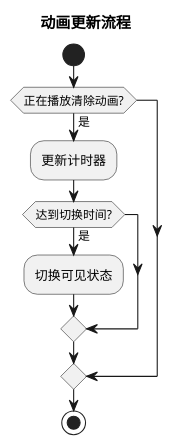
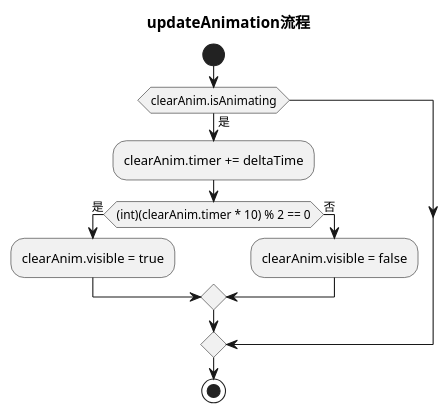
The fourth of 4 diagrams in diagrams/main.puml (cmdblock/SDLTetris), drawn with PlantUML before and after one commit. The commit also changed other lines of this file, not shown here.

Commit message:
refactor: Update UML diagrams with actual function calls and variables

```diff
--- a/diagrams/main.puml
+++ b/diagrams/main.puml
@@ -71,13 +74,15 @@
 @startuml
-title 动画更新流程
+title updateAnimation流程
 
 start
-if (正在播放清除动画?) then (是)
-  :更新计时器;
-  if (达到切换时间?) then (是)
-    :切换可见状态;
+if (clearAnim.isAnimating) then (是)
+  :clearAnim.timer += deltaTime;
+  if ((int)(clearAnim.timer * 10) % 2 == 0) then (是)
+    :clearAnim.visible = true;
+  else (否)
+    :clearAnim.visible = false;
   endif
 endif
 stop
 
 @enduml
```
